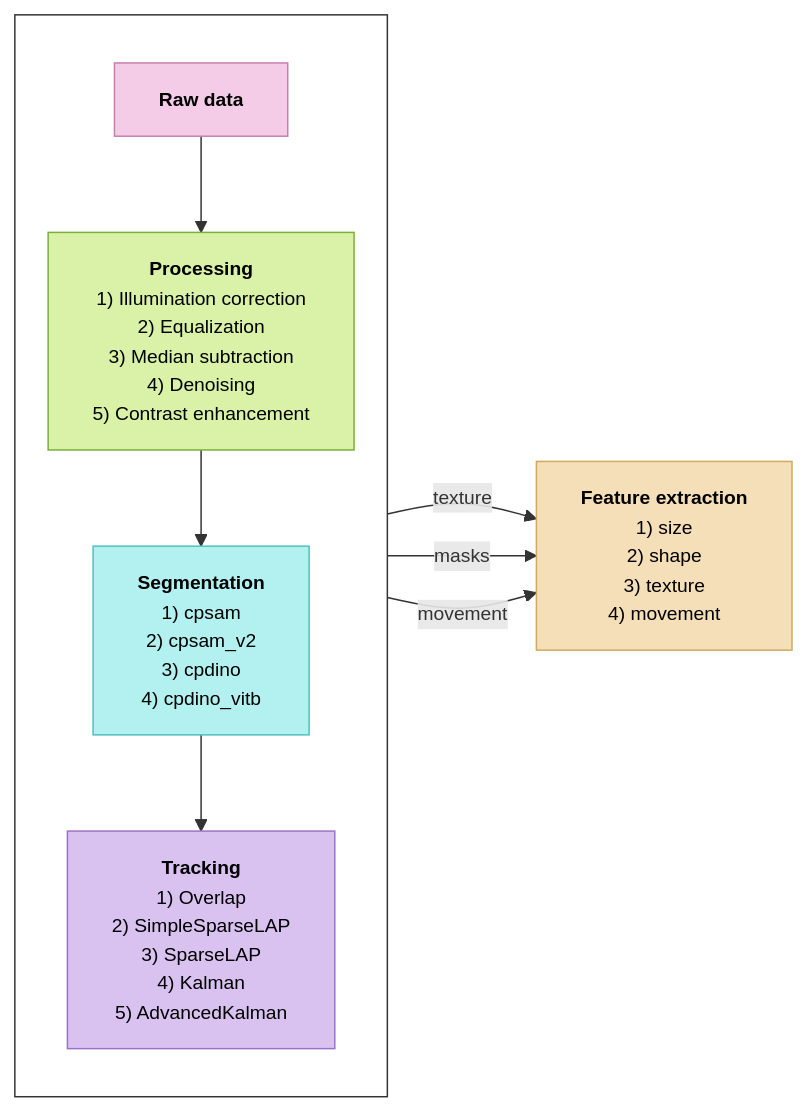
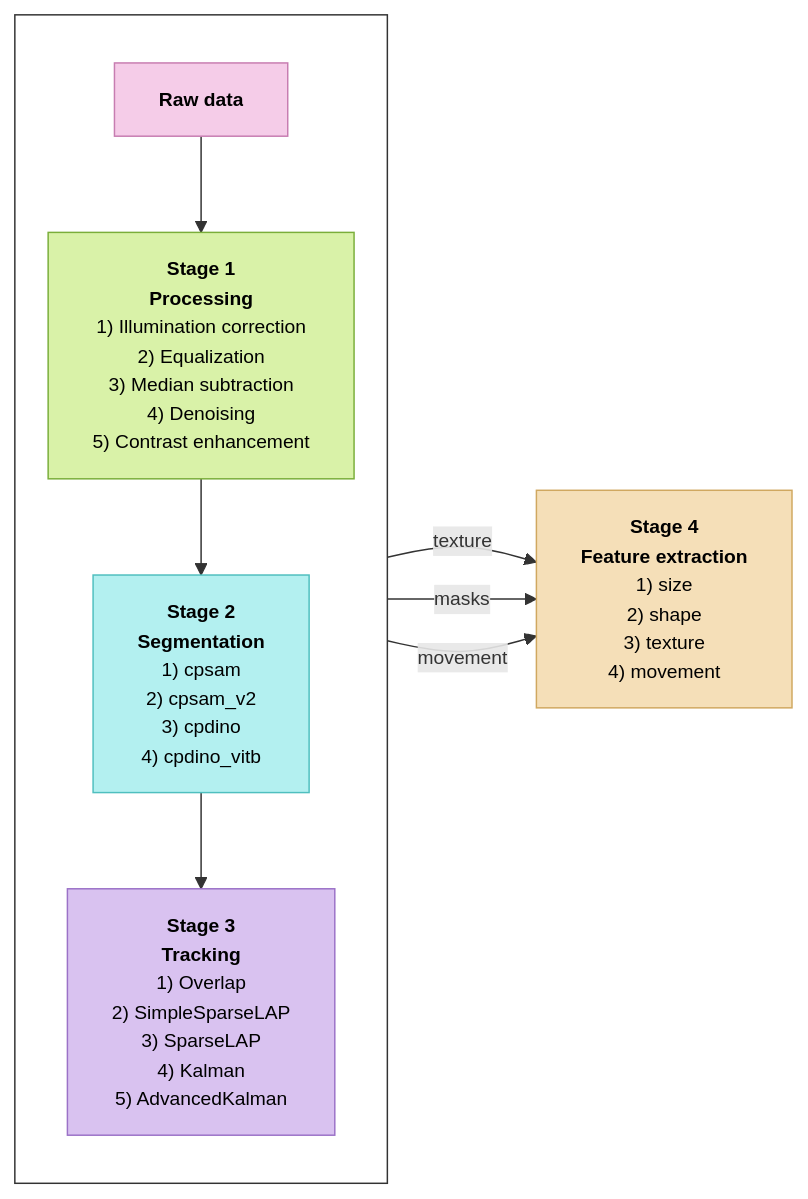
The diagram in segmentation_tracking_features.md (IDIP-Platform/ACID), drawn with Mermaid before and after one commit.

Commit message:
Update flowchart stages in segmentation tracking features

````diff
--- a/segmentation_tracking_features.md
+++ b/segmentation_tracking_features.md
@@ -16,48 +16,52 @@
 ```mermaid
 flowchart LR
 %%{init: {'flowchart': {'nodeSpacing': 25, 'rankSpacing': 40}, 'themeVariables': {'fontSize': '13px'}}}%%
     subgraph c1[" "]
         direction TB
-        raw["<b>Raw data</b>"] --> proc["<b>Processing</b>
+        raw["<b>Raw data</b>"] --> proc["<b>Stage 1</b>
+        <b>Processing</b>
         1) Illumination correction
         2) Equalization
         3) Median subtraction
         4) Denoising
         5) Contrast enhancement"]
-        proc --> seg["<b>Segmentation</b>
+        proc --> seg["<b>Stage 2</b>
+        <b>Segmentation</b>
         1) cpsam
         2) cpsam_v2
         3) cpdino
         4) cpdino_vitb"]
-        seg --> track["<b>Tracking</b>
+        seg --> track["<b>Stage 3</b>
+        <b>Tracking</b>
         1) Overlap
         2) SimpleSparseLAP
         3) SparseLAP
         4) Kalman
         5) AdvancedKalman"]
     end
  
-    feat["<b>Feature extraction</b>
+    feat["<b>Stage 4</b>
+    <b>Feature extraction</b>
     1) size
     2) shape
     3) texture
     4) movement"]
  
     c1 -->|texture| feat
     c1 -->|masks| feat
     c1 -->|movement| feat
  
     classDef rawStyle fill:#F5CCE8,stroke:#C77DB1,color:#000
     classDef procStyle fill:#D9F2A8,stroke:#7AAE3A,color:#000
     classDef segStyle fill:#B3F0F0,stroke:#4FBFBF,color:#000
     classDef trackStyle fill:#D9C2F0,stroke:#9B72C7,color:#000
     classDef featStyle fill:#F5DFB8,stroke:#D0A860,color:#000
  
     class raw rawStyle
     class proc procStyle
     class seg segStyle
     class track trackStyle
     class feat featStyle
  
     style c1 fill:none,stroke:#333,stroke-width:1px
 ```
````
